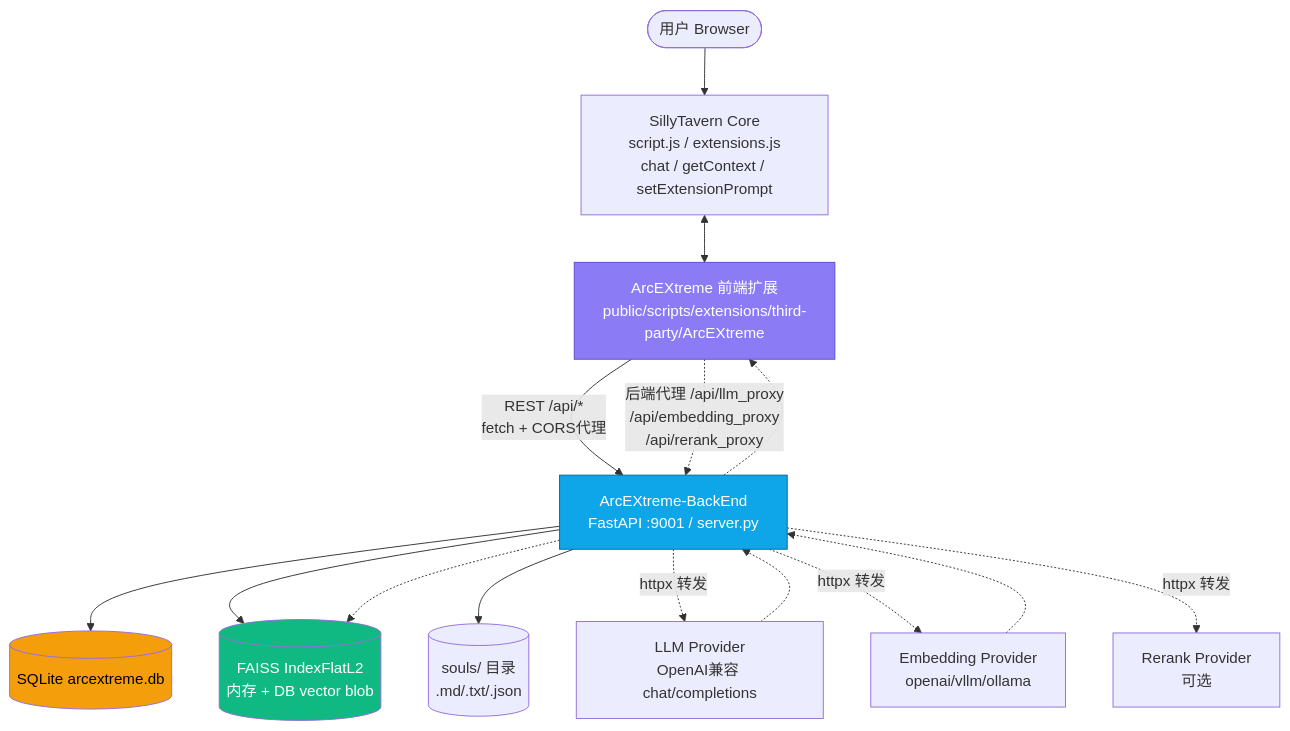
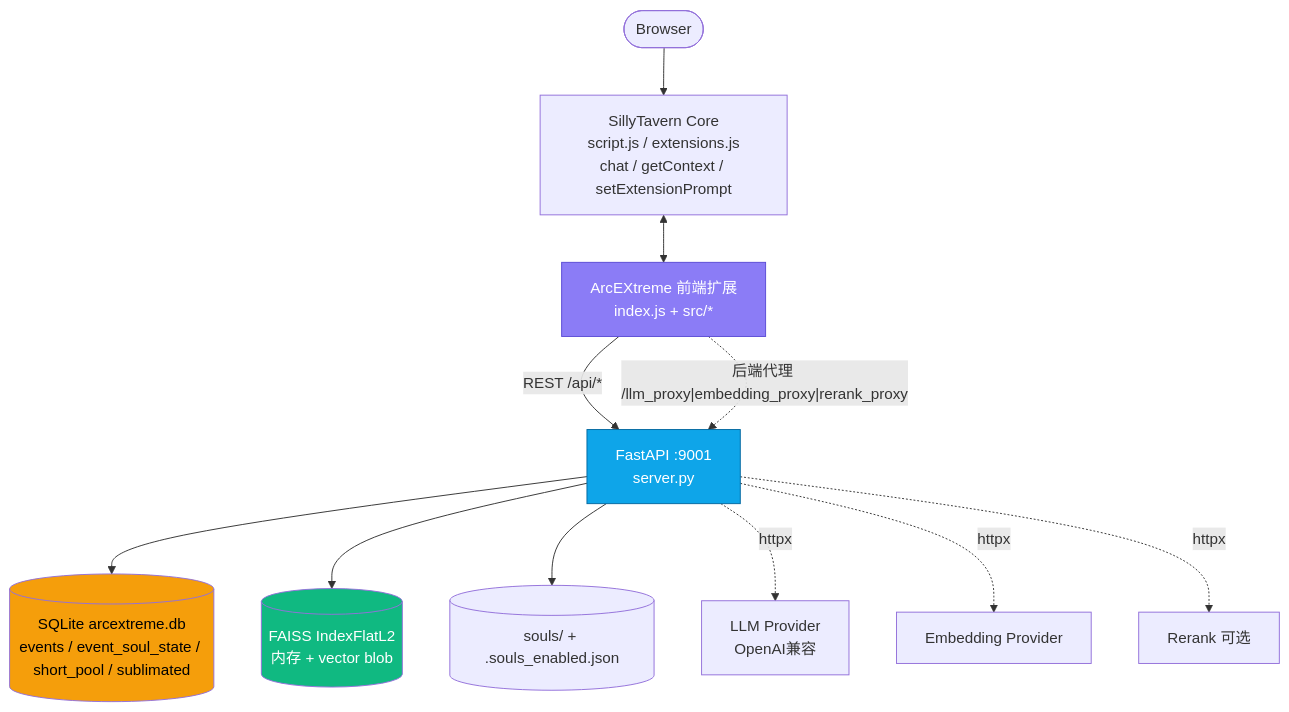
One commit to kerjc4464/ArcEXtreme changed the first of 2 diagrams in ARCHITECTURE.md. Above: the diagram before and after it, drawn with Mermaid. The commit also changed other lines of this file and 2 other files, not shown here.

Commit message:
docs: reorder README + ARCHITECTURE v0.1.x, rename SubAgent modes Lite/Standard/GameBreaker, sync quick-start order

````diff
--- a/ARCHITECTURE.md
+++ b/ARCHITECTURE.md
@@ -7,33 +7,22 @@
 ```mermaid
 flowchart TB
-    User([用户 Browser])
+    User([Browser])
     ST[SillyTavern Core<br/>script.js / extensions.js<br/>chat / getContext / setExtensionPrompt]
-    EXT[ArcEXtreme 前端扩展<br/>public/scripts/extensions/third-party/ArcEXtreme]
-    BE[ArcEXtreme-BackEnd<br/>FastAPI :9001 / server.py]
-    DB[(SQLite arcextreme.db)]
-    FAISS[(FAISS IndexFlatL2<br/>内存 + DB vector blob)]
-    SOULS[(souls/ 目录<br/>.md/.txt/.json)]
-    LLM[LLM Provider<br/>OpenAI兼容 chat/completions]
-    EMB[Embedding Provider<br/>openai/vllm/ollama]
-    RERANK[Rerank Provider<br/>可选]
+    EXT[ArcEXtreme 前端扩展<br/>index.js + src/*]
+    BE[FastAPI :9001<br/>server.py]
+    DB[(SQLite arcextreme.db<br/>events / event_soul_state / short_pool / sublimated)]
+    FAISS[(FAISS IndexFlatL2<br/>内存 + vector blob)]
+    SOULS[(souls/ + .souls_enabled.json)]
+    LLM[LLM Provider<br/>OpenAI兼容]
+    EMB[Embedding Provider]
+    RERANK[Rerank 可选]
 
-    User --> ST
-    ST <--> EXT
-    EXT -- "REST /api/*<br/>fetch + CORS代理" --> BE
-    BE --> DB
-    BE --> FAISS
-    BE --> SOULS
-
-    EXT -.->|后端代理 /api/llm_proxy<br/>/api/embedding_proxy<br/>/api/rerank_proxy| BE
-    BE -.->|httpx 转发| LLM
-    BE -.->|httpx 转发| EMB
-    BE -.->|httpx 转发| RERANK
-
-    LLM -.-> BE -.-> EXT
-    EMB -.-> BE -.-> FAISS
+    User --> ST <--> EXT -- REST /api/* --> BE
+    BE --> DB & FAISS & SOULS
+    EXT -. 后端代理 /llm_proxy|embedding_proxy|rerank_proxy .-> BE -. httpx .-> LLM & EMB & RERANK
 
     style EXT fill:#8B7CF6,stroke:#5B4BD5,color:#fff
     style BE fill:#0EA5E9,stroke:#0369A1,color:#fff
     style DB fill:#F59E0B,color:#000
     style FAISS fill:#10B981,color:#fff
 ```
````
